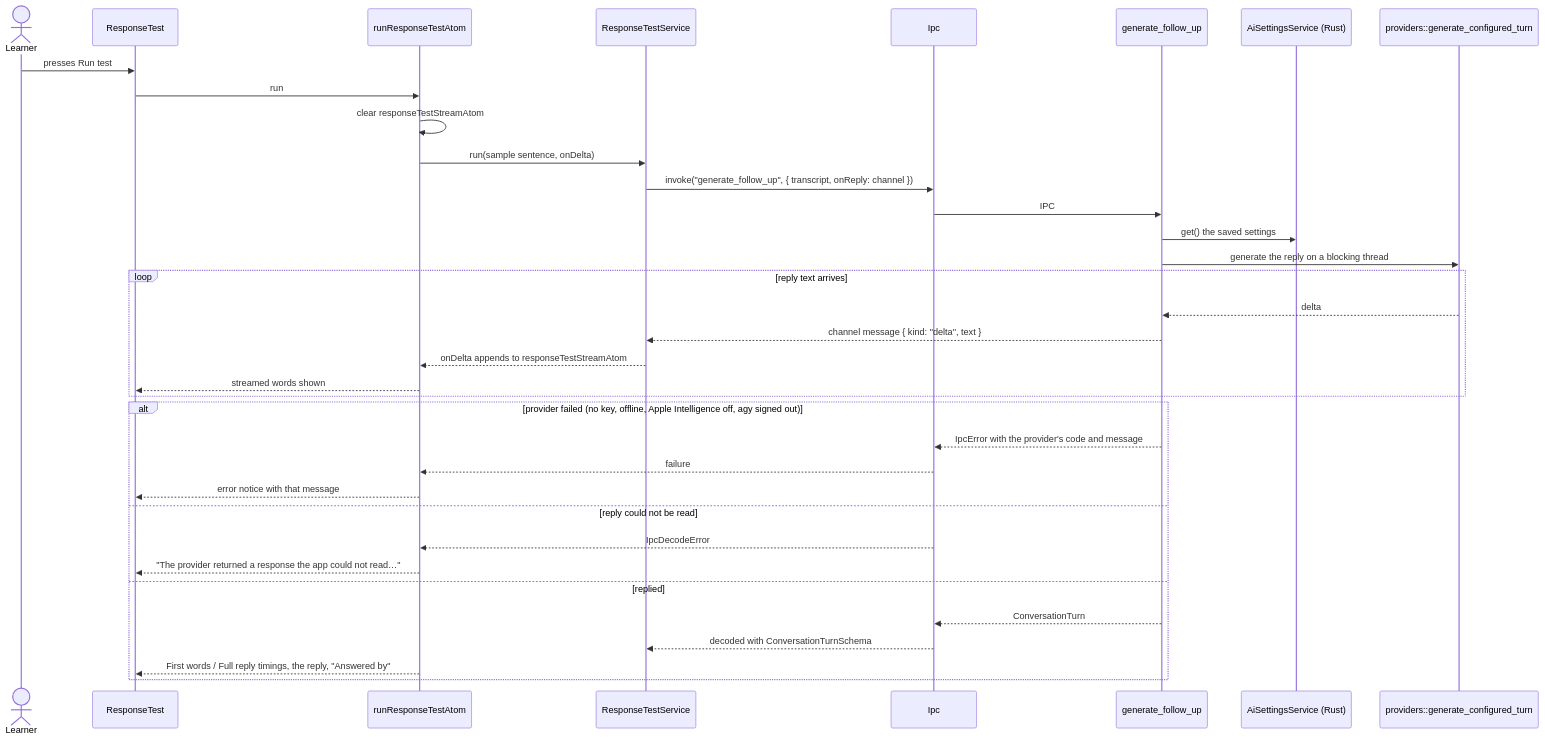
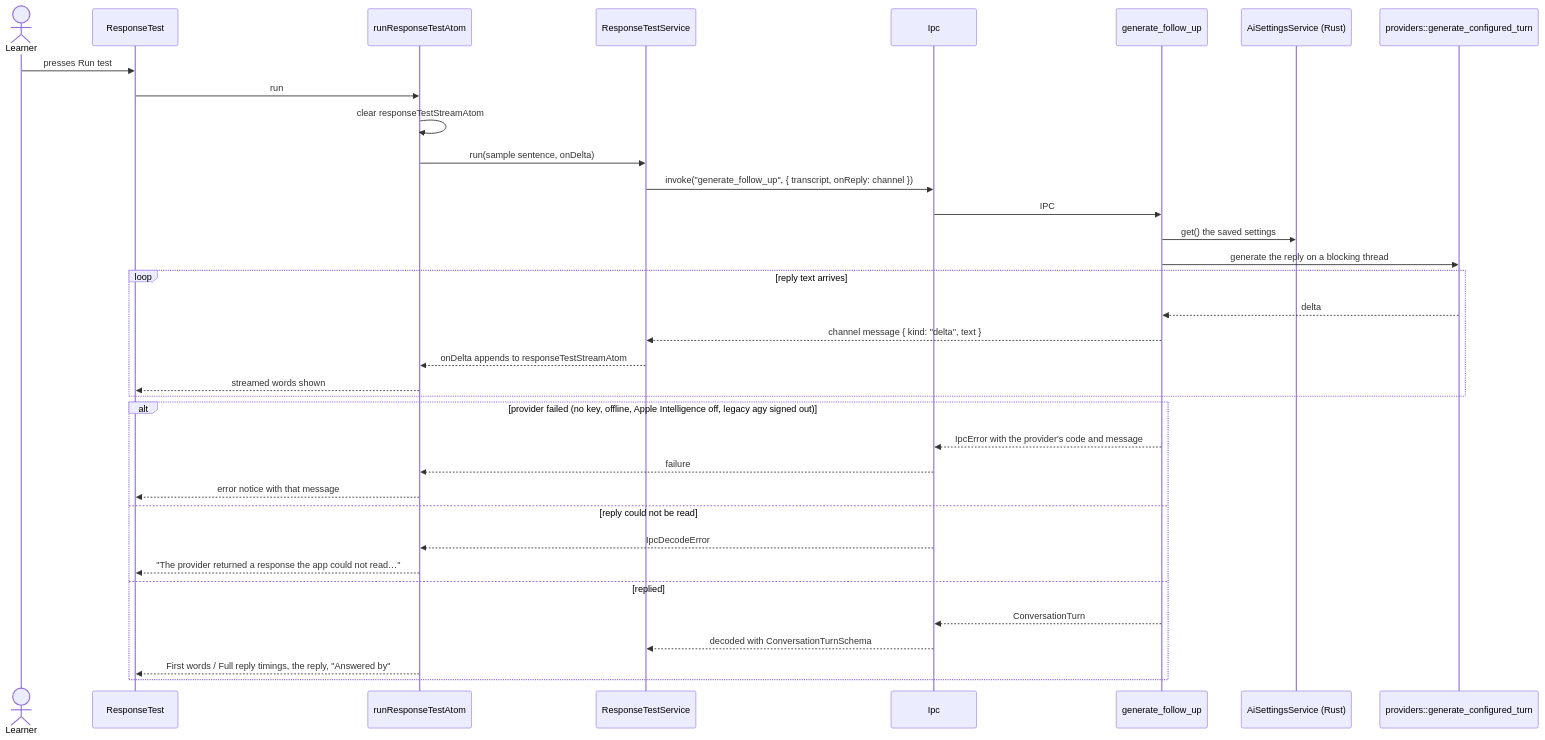
Before and after one commit to oleksii-latyshev/english-trainer: the second of 2 diagrams in src/features/ai-provider/flow.md, drawn with Mermaid. The commit also changed 44 other files, not shown here.

````diff
--- a/src/features/ai-provider/flow.md
+++ b/src/features/ai-provider/flow.md
@@ -39,38 +39,38 @@
 ```mermaid
 sequenceDiagram
     actor Learner
     participant Test as ResponseTest
     participant Atoms as runResponseTestAtom
     participant Service as ResponseTestService
     participant Ipc
     participant Command as generate_follow_up
     participant Rust as AiSettingsService (Rust)
     participant Provider as providers::generate_configured_turn
 
     Learner->>Test: presses Run test
     Test->>Atoms: run
     Atoms->>Atoms: clear responseTestStreamAtom
     Atoms->>Service: run(sample sentence, onDelta)
     Service->>Ipc: invoke("generate_follow_up", { transcript, onReply: channel })
     Ipc->>Command: IPC
     Command->>Rust: get() the saved settings
     Command->>Provider: generate the reply on a blocking thread
     loop reply text arrives
         Provider-->>Command: delta
         Command-->>Service: channel message { kind: "delta", text }
         Service-->>Atoms: onDelta appends to responseTestStreamAtom
         Atoms-->>Test: streamed words shown
     end
-    alt provider failed (no key, offline, Apple Intelligence off, agy signed out)
+    alt provider failed (no key, offline, Apple Intelligence off, legacy agy signed out)
         Command-->>Ipc: IpcError with the provider's code and message
         Ipc-->>Atoms: failure
         Atoms-->>Test: error notice with that message
     else reply could not be read
         Ipc-->>Atoms: IpcDecodeError
         Atoms-->>Test: "The provider returned a response the app could not read…"
     else replied
         Command-->>Ipc: ConversationTurn
         Ipc-->>Service: decoded with ConversationTurnSchema
         Atoms-->>Test: First words / Full reply timings, the reply, "Answered by"
     end
 ```
````
